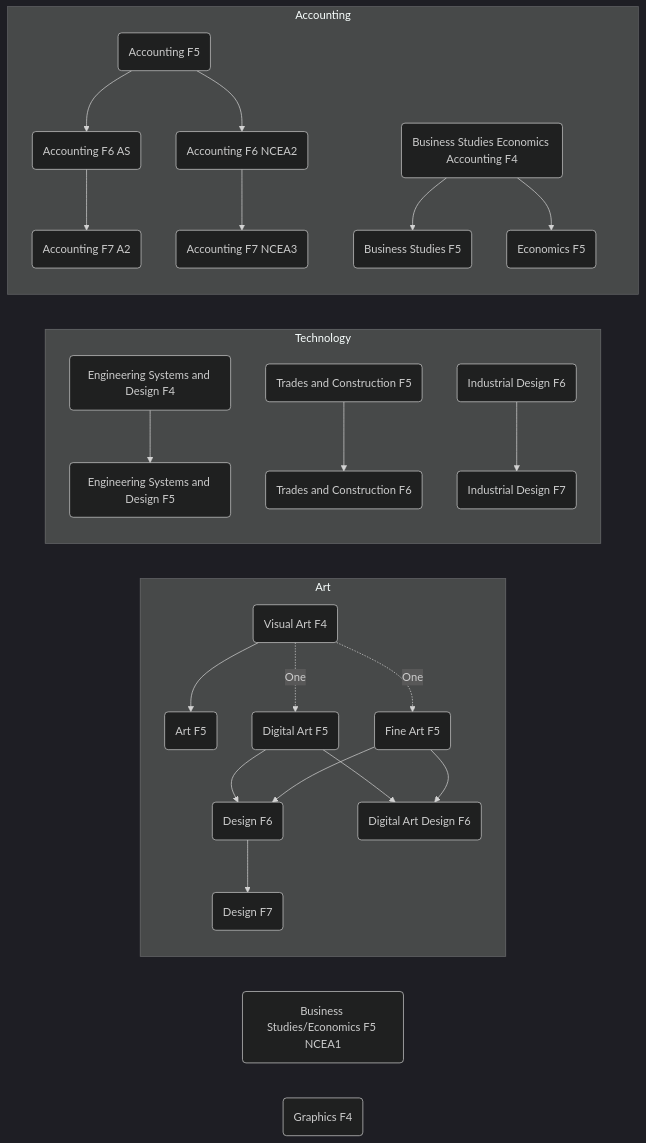
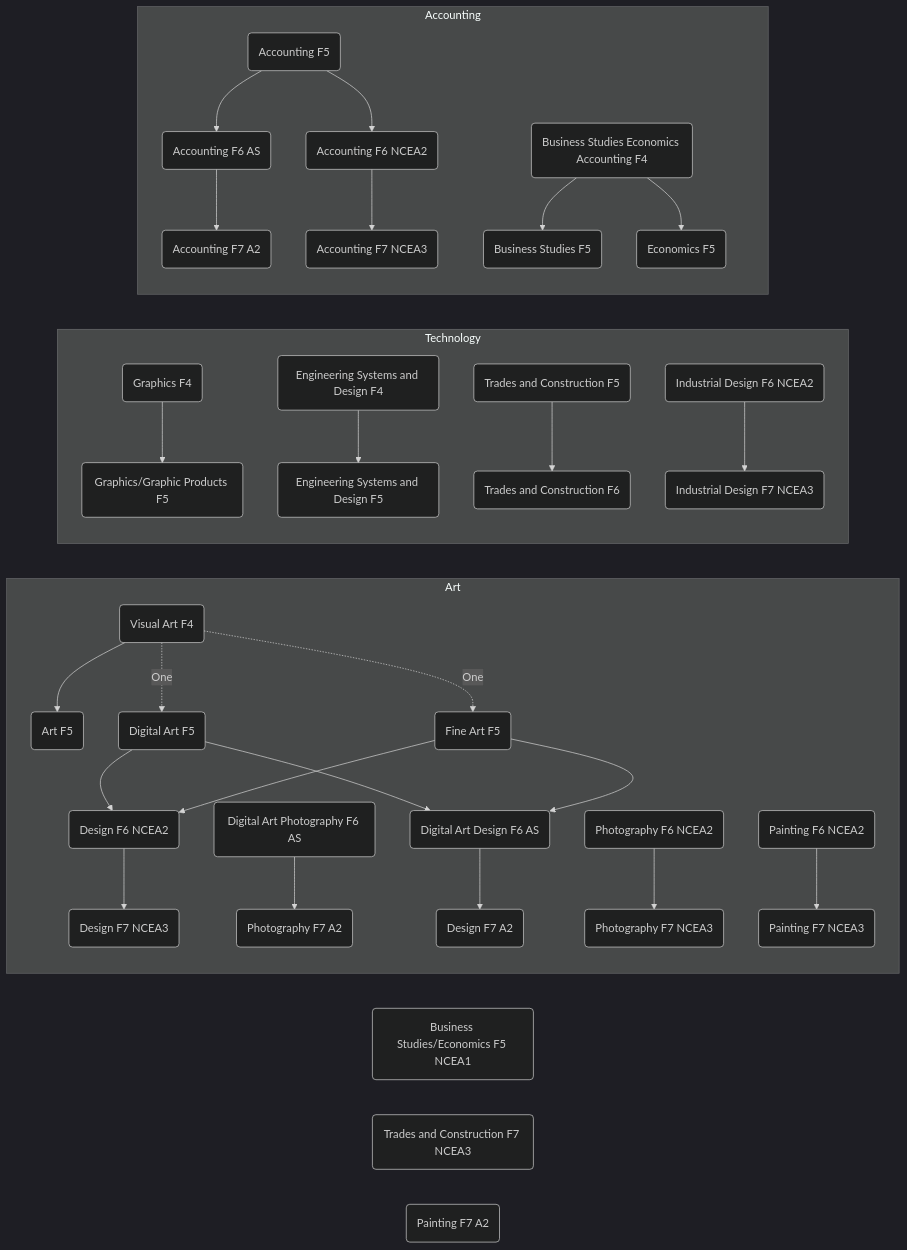
Before and after one commit to cszhe/ags: the diagram in course.md, drawn with Mermaid (dark theme).

Commit message:
replace ID

````diff
--- a/course.md
+++ b/course.md
@@ -1,51 +1,67 @@
 ```mermaid
 graph LR
-    ACC5(Accounting F5)
-    ACC6A(Accounting F6 AS)
-    ACC6N(Accounting F6 NCEA2)
-    ACC7A(Accounting F7 A2)
-    ACC7N(Accounting F7 NCEA3)
-    ART5(Art F5)
-    BEA4(Business Studies Economics Accounting F4)
-    BUS5(Business Studies F5)
-    COM5(Business Studies/Economics F5 NCEA1)
-    CON5(Trades and Construction F5)
-    CON6(Trades and Construction F6)
-    DAD6(Digital Art Design F6)
-    DAR5(Digital Art F5)
-    DES6(Design F6)
-    DES7(Design F7)
-    ECO5(Economics F5)
-    ESD4(Engineering Systems and Design F4)
-    ESD5(Engineering Systems and Design F5)
-    FAR5(Fine Art F5)
-    GRA4(Graphics F4)
-    IND6(Industrial Design F6)
-    IND7(Industrial Design F7)
-    VIS4(Visual Art F4)
+    4BEA(Business Studies Economics Accounting F4)
+    4ESD(Engineering Systems and Design F4)
+    4GRA(Graphics F4)
+    4VIS(Visual Art F4)
+    5ACC(Accounting F5)
+    5ART(Art F5)
+    5BUS(Business Studies F5)
+    5COM(Business Studies/Economics F5 NCEA1)
+    5CON(Trades and Construction F5)
+    5DAR(Digital Art F5)
+    5ECO(Economics F5)
+    5ESD(Engineering Systems and Design F5)
+    5FAR(Fine Art F5)
+    5GRA(Graphics/Graphic Products F5)
+    6ACC-A(Accounting F6 AS)
+    6ACC-N(Accounting F6 NCEA2)
+    6CON(Trades and Construction F6)
+    6DAD(Digital Art Design F6 AS)
+    6DAP-A(Digital Art Photography F6 AS)
+    6DES(Design F6 NCEA2)
+    6IND(Industrial Design F6 NCEA2)
+    6PHO-N(Photography F6 NCEA2)
+    6PTG(Painting F6 NCEA2)
+    7ACC-A(Accounting F7 A2)
+    7ACC-N(Accounting F7 NCEA3)
+    7CON(Trades and Construction F7 NCEA3)
+    7DES-N(Design F7 NCEA3)
+    7DES-A(Design F7 A2)
+    7IND(Industrial Design F7 NCEA3)
+    7PHO-N(Photography F7 NCEA3)
+    7PHO-A(Photography F7 A2)
+    7PTG-A(Painting F7 A2)
+    7PTG-N(Painting F7 NCEA3)
+    
 
     subgraph Art
-        VIS4 --> ART5
-        VIS4 -.->|One| DAR5
-        VIS4 -.->|One| FAR5
-        DAR5 --> DES6
-        FAR5 --> DES6
-        DAR5 --> DAD6
-        FAR5 --> DAD6
-        DES6 --> DES7
+        4VIS --> 5ART
+        4VIS -.->|One| 5DAR
+        4VIS -.->|One| 5FAR
+        5DAR --> 6DES
+        5FAR --> 6DES
+        5DAR --> 6DAD
+        5FAR --> 6DAD
+        6DES --> 7DES-N
+        6DAP-A --> 7PHO-A
+        6DAD --> 7DES-A
+        6PHO-N --> 7PHO-N
+        6PTG --> 7PTG-N
     end
 
     subgraph Technology
-        ESD4 --> ESD5
-        CON5 --> CON6
-        IND6 --> IND7
+        4GRA --> 5GRA
+        4ESD --> 5ESD
+        5CON --> 6CON
+        6IND --> 7IND
     end
 
     subgraph Accounting
-        ACC5 --> ACC6A --> ACC7A
-        ACC5 --> ACC6N --> ACC7N
-        BEA4 --> BUS5
-        BEA4 --> ECO5
+        5ACC --> 6ACC-A --> 7ACC-A
+        5ACC --> 6ACC-N --> 7ACC-N
+        4BEA --> 5BUS
+        4BEA --> 5ECO
     end
 
 ```
````
